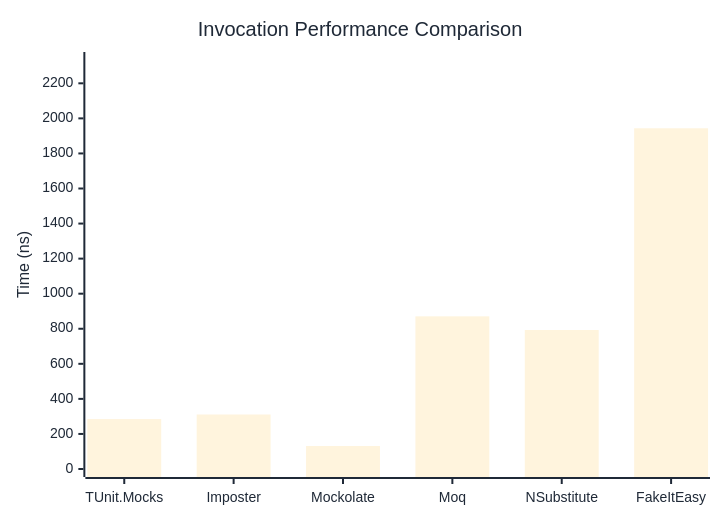
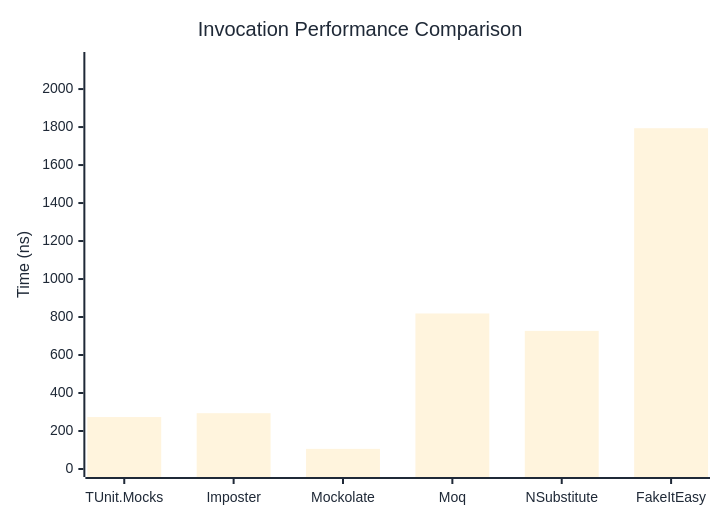
Before and after one commit to thomhurst/TUnit: the first of 3 diagrams in docs/docs/benchmarks/mocks/Invocation.md, drawn with Mermaid. The commit also changed other lines of this file and 14 other files, not shown here.

````diff
--- a/docs/docs/benchmarks/mocks/Invocation.md
+++ b/docs/docs/benchmarks/mocks/Invocation.md
@@ -30,27 +30,27 @@
 ```mermaid
 %%{init: {
   'theme':'base',
   'themeVariables': {
     'primaryColor': '#2563eb',
     'primaryTextColor': '#1f2937',
     'primaryBorderColor': '#1e40af',
     'lineColor': '#6b7280',
     'secondaryColor': '#7c3aed',
     'tertiaryColor': '#dc2626',
     'background': '#ffffff',
     'pie1': '#2563eb',
     'pie2': '#7c3aed',
     'pie3': '#dc2626',
     'pie4': '#f59e0b',
     'pie5': '#10b981',
     'pie6': '#06b6d4',
     'pie7': '#ec4899',
     'pie8': '#6366f1'
   }
 }}%%
 xychart-beta
   title "Invocation Performance Comparison"
   x-axis ["TUnit.Mocks", "Imposter", "Mockolate", "Moq", "NSubstitute", "FakeItEasy"]
-  y-axis "Time (ns)" 0 --> 2333
-  bar [284.8, 310.9, 131.1, 870.8, 792.7, 1943.6]
+  y-axis "Time (ns)" 0 --> 2153
+  bar [273.44, 293.83, 105.93, 818.73, 727.17, 1793.85]
 ```
````
